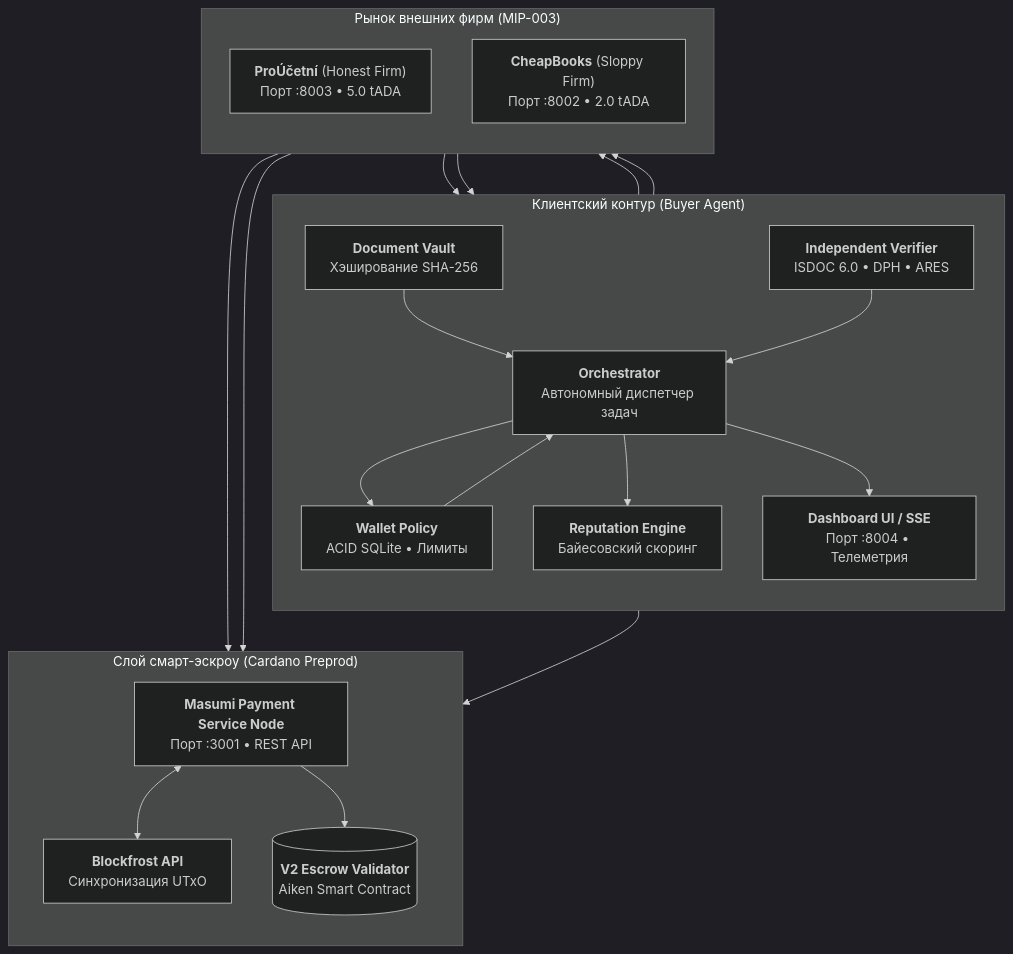
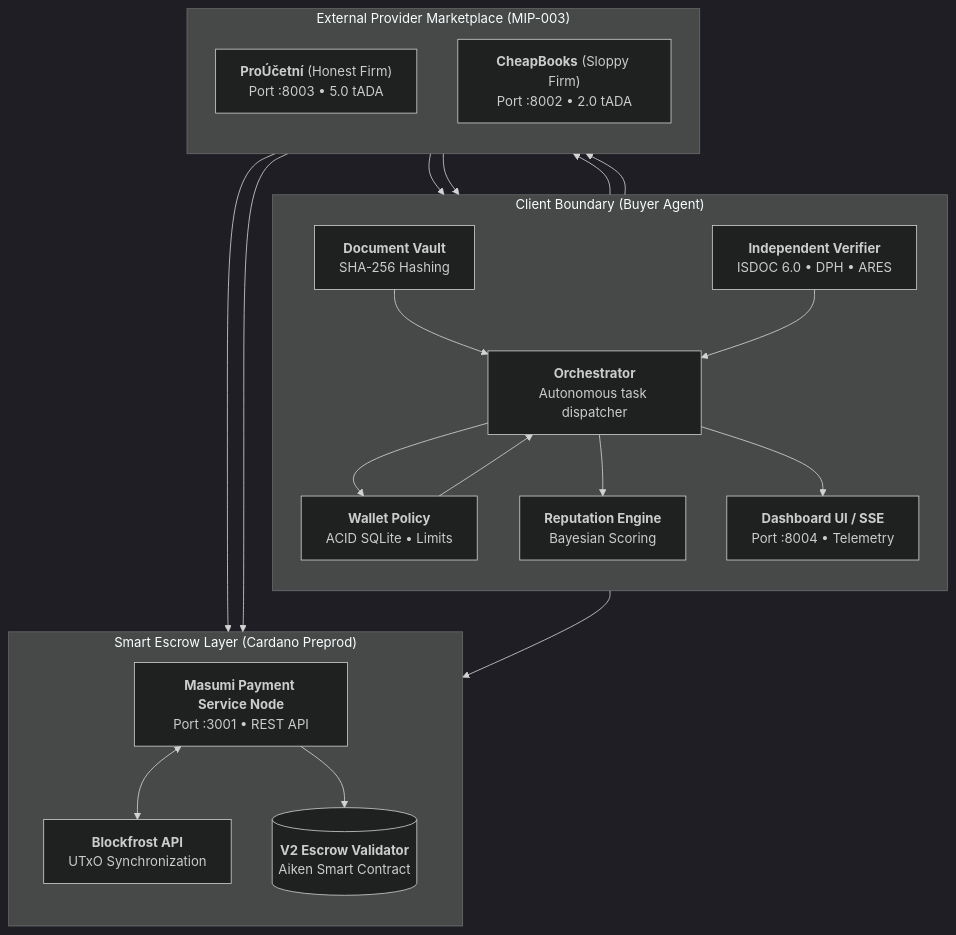
The diagram in docs/wiki/01-System-Architecture.md (chotamode/Aiccountant007), drawn with Mermaid (dark theme) before and after one commit. The commit also changed other lines of this file and 11 other files, not shown here.

````diff
--- a/docs/wiki/01-System-Architecture.md
+++ b/docs/wiki/01-System-Architecture.md
@@ -16,39 +16,39 @@
 ```mermaid
 flowchart TD
-    subgraph CLIENT_TIER["Клиентский контур (Buyer Agent)"]
+    subgraph CLIENT_TIER["Client Boundary (Buyer Agent)"]
         direction TB
-        ORCH["<b>Orchestrator</b><br/>Автономный диспетчер задач"]
-        VAULT["<b>Document Vault</b><br/>Хэширование SHA-256"]
-        POLICY["<b>Wallet Policy</b><br/>ACID SQLite • Лимиты"]
+        ORCH["<b>Orchestrator</b><br/>Autonomous task dispatcher"]
+        VAULT["<b>Document Vault</b><br/>SHA-256 Hashing"]
+        POLICY["<b>Wallet Policy</b><br/>ACID SQLite • Limits"]
         VERIFIER["<b>Independent Verifier</b><br/>ISDOC 6.0 • DPH • ARES"]
-        REPUTATION["<b>Reputation Engine</b><br/>Байесовский скоринг"]
-        DASH["<b>Dashboard UI / SSE</b><br/>Порт :8004 • Телеметрия"]
+        REPUTATION["<b>Reputation Engine</b><br/>Bayesian Scoring"]
+        DASH["<b>Dashboard UI / SSE</b><br/>Port :8004 • Telemetry"]
     end
 
-    subgraph ESCROW_TIER["Слой смарт-эскроу (Cardano Preprod)"]
+    subgraph ESCROW_TIER["Smart Escrow Layer (Cardano Preprod)"]
         direction TB
-        NODE["<b>Masumi Payment Service Node</b><br/>Порт :3001 • REST API"]
+        NODE["<b>Masumi Payment Service Node</b><br/>Port :3001 • REST API"]
         SC[("<b>V2 Escrow Validator</b><br/>Aiken Smart Contract")]
-        BF["<b>Blockfrost API</b><br/>Синхронизация UTxO"]
+        BF["<b>Blockfrost API</b><br/>UTxO Synchronization"]
     end
 
-    subgraph SELLER_TIER["Рынок внешних фирм (MIP-003)"]
+    subgraph SELLER_TIER["External Provider Marketplace (MIP-003)"]
         direction TB
-        HONEST["<b>ProÚčetní</b> (Honest Firm)<br/>Порт :8003 • 5.0 tADA"]
-        SLOPPY["<b>CheapBooks</b> (Sloppy Firm)<br/>Порт :8002 • 2.0 tADA"]
+        HONEST["<b>ProÚčetní</b> (Honest Firm)<br/>Port :8003 • 5.0 tADA"]
+        SLOPPY["<b>CheapBooks</b> (Sloppy Firm)<br/>Port :8002 • 2.0 tADA"]
     end
 
-    %% Взаимосвязи
+    %% Interactions
     VAULT --> ORCH
     ORCH --> POLICY
     POLICY --> ORCH
     ORCH --> REPUTATION
     ORCH --> NODE
     NODE <--> BF
     NODE --> SC
     ORCH --> HONEST & SLOPPY
     HONEST & SLOPPY --> NODE
     HONEST & SLOPPY --> VERIFIER
     VERIFIER --> ORCH
     ORCH --> DASH
 ```
````
